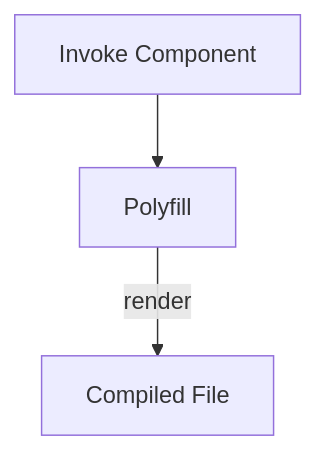
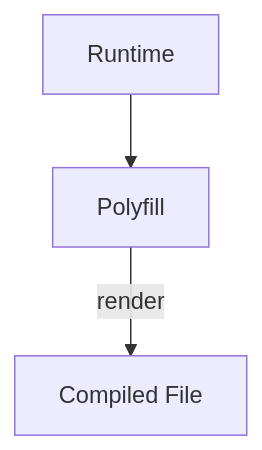
Before and after one commit to darkenphp/docs: the third of 3 diagrams in contents/compile.md, drawn with Mermaid. The commit also changed other lines of this file and 6 other files, not shown here.

```diff
--- a/contents/compile.md
+++ b/contents/compile.md
@@ -28,6 +34,6 @@
 <pre class="mermaid">
 flowchart TD
- A[Invoke Component] -->  B
+ A[Runtime] -->  B
  B[Polyfill] --> | render | C
  C[Compiled File]
 </pre>
```
